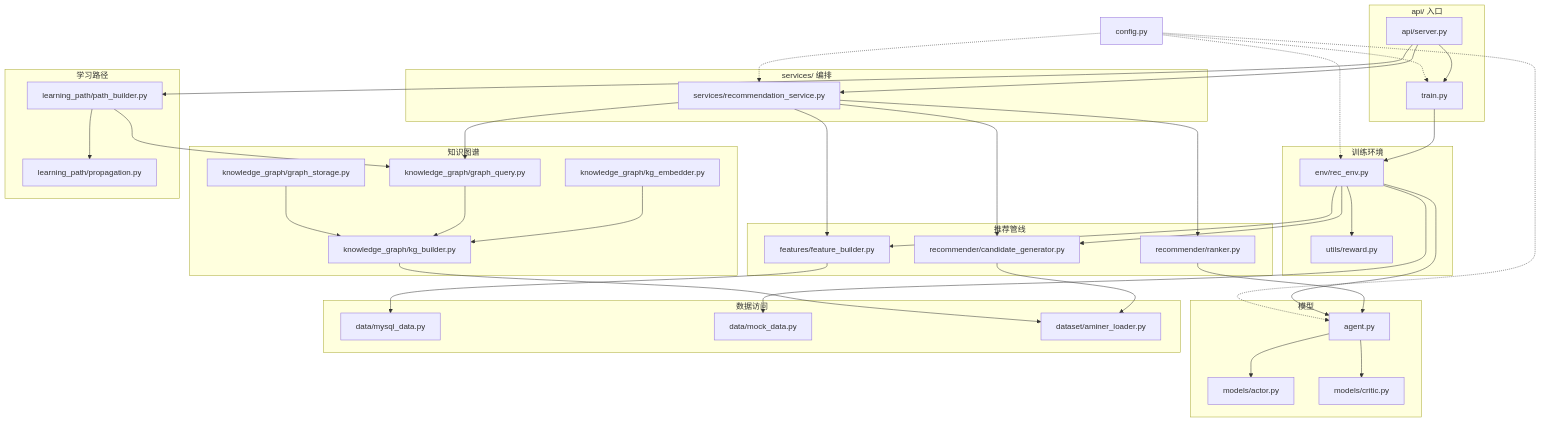
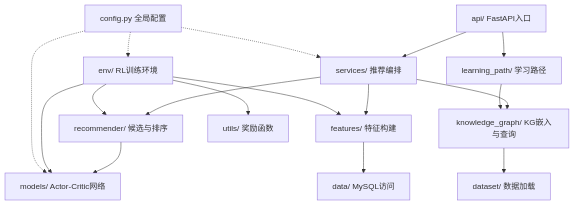
The third of 3 diagrams in docs/QA_2026-06-07_2026-06-08_v3.md (this1is1i/ACSR), drawn with Mermaid before and after one commit. The commit also changed other lines of this file, not shown here.

````diff
--- a/docs/QA_2026-06-07_2026-06-08_v3.md
+++ b/docs/QA_2026-06-07_2026-06-08_v3.md
@@ -2099,90 +1908,32 @@
 ```mermaid
 graph TD
-    CFG["config.py"]
+    api["api/ FastAPI入口"]
+    services["services/ 推荐编排"]
+    recommender["recommender/ 候选与排序"]
+    models["models/ Actor-Critic网络"]
+    features["features/ 特征构建"]
+    env["env/ RL训练环境"]
+    knowledge_graph["knowledge_graph/ KG嵌入与查询"]
+    learning_path["learning_path/ 学习路径"]
+    data["data/ MySQL访问"]
+    dataset["dataset/ 数据加载"]
+    utils["utils/ 奖励函数"]
+    config["config.py 全局配置"]
 
-    subgraph "api/ 入口"
-        API["api/server.py"]
-        TRAIN["train.py"]
-    end
-
-    subgraph "services/ 编排"
-        SVC["services/recommendation_service.py"]
-    end
-
-    subgraph "推荐管线"
-        FEAT["features/feature_builder.py"]
-        CAND["recommender/candidate_generator.py"]
-        RANK["recommender/ranker.py"]
-    end
-
-    subgraph "模型"
-        AGENT["agent.py"]
-        ACTOR["models/actor.py"]
-        CRITIC["models/critic.py"]
-    end
-
-    subgraph "训练环境"
-        ENV["env/rec_env.py"]
-        RWD["utils/reward.py"]
-    end
-
-    subgraph "知识图谱"
-        KGB["knowledge_graph/kg_builder.py"]
-        KGE["knowledge_graph/kg_embedder.py"]
-        KGQ["knowledge_graph/graph_query.py"]
-        KGS["knowledge_graph/graph_storage.py"]
-    end
-
-    subgraph "学习路径"
-        LPB["learning_path/path_builder.py"]
-        LPP["learning_path/propagation.py"]
-    end
-
-    subgraph "数据访问"
-        MYS["data/mysql_data.py"]
-        MOCK["data/mock_data.py"]
-        LOAD["dataset/aminer_loader.py"]
-    end
-
-    %% API → 编排
-    API --> SVC
-    API --> TRAIN
-
-    %% 推荐管线
-    SVC --> FEAT
-    SVC --> CAND
-    SVC --> RANK
-    SVC --> KGQ
-    RANK --> AGENT
-    AGENT --> ACTOR
-    AGENT --> CRITIC
-
-    %% 训练
-    TRAIN --> ENV
-    ENV --> RWD
-    ENV --> FEAT
-    ENV --> CAND
-    ENV --> AGENT
-
-    %% 数据访问
-    FEAT --> MYS
-    CAND --> LOAD
-    ENV --> MOCK
-
-    %% 知识图谱
-    KGB --> LOAD
-    KGE --> KGB
-    KGQ --> KGB
-    KGS --> KGB
-
-    %% 学习路径
-    API --> LPB
-    LPB --> LPP
-    LPB --> KGQ
-
-    %% 配置
-    CFG -.-> SVC
-    CFG -.-> AGENT
-    CFG -.-> TRAIN
-    CFG -.-> ENV
+    api --> services
+    services --> recommender
+    services --> features
+    services --> knowledge_graph
+    recommender --> models
+    features --> data
+    env --> features
+    env --> recommender
+    env --> models
+    env --> utils
+    knowledge_graph --> dataset
+    api --> learning_path
+    learning_path --> knowledge_graph
+    config -.-> services
+    config -.-> models
+    config -.-> env
 ```
````
